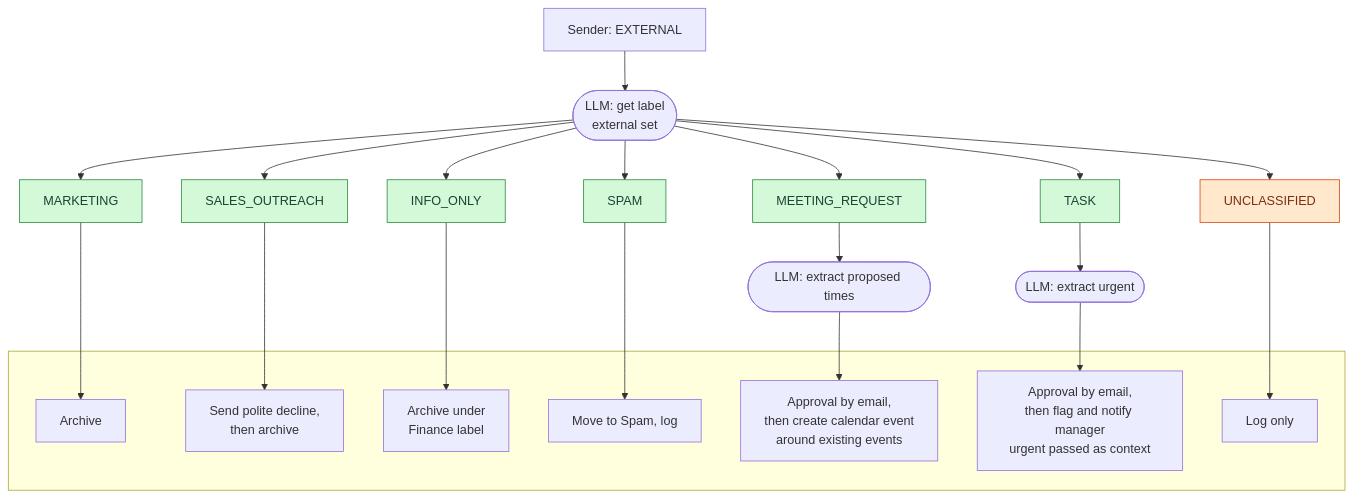
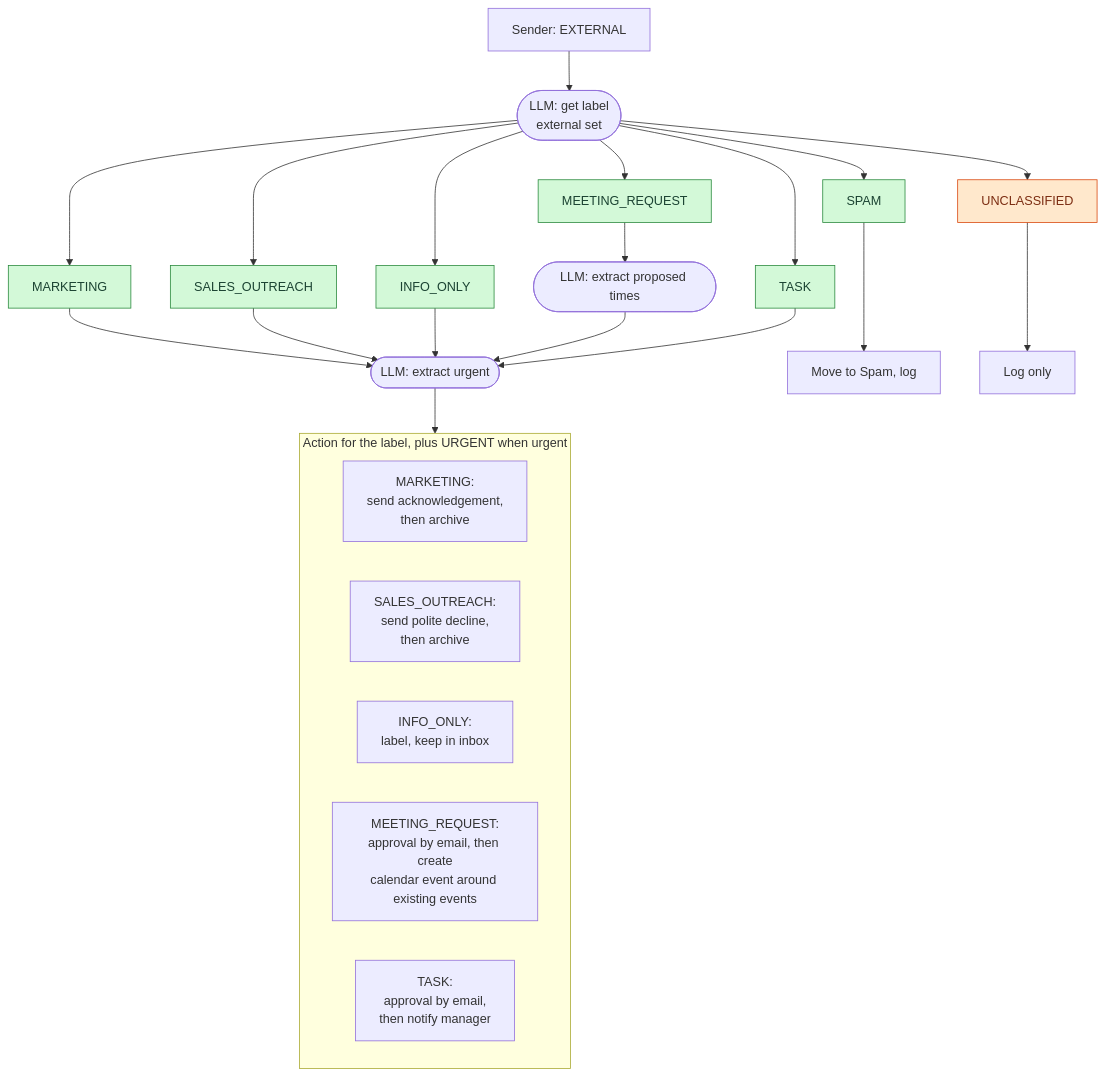
The first of 2 diagrams in docs/classify-tree.md (andreicaminschi/ai-email-assistant), drawn with Mermaid before and after one commit. The commit also changed other lines of this file and 5 other files, not shown here.

First line of the commit message:
docs: label actions, urgent on all labels, config values

````diff
--- a/docs/classify-tree.md
+++ b/docs/classify-tree.md
@@ -11,37 +15,35 @@
 ```mermaid
 flowchart TD
     A[Sender: EXTERNAL] --> EL([LLM: get label<br/>external set])
 
     %% Longer ---> arrows keep every label on one row
     EL --> E_MKT[MARKETING]:::tag
     EL --> E_SO[SALES_OUTREACH]:::tag
     EL --> E_INF[INFO_ONLY]:::tag
     EL --> E_SPM[SPAM]:::tag
     EL --> E_MTG[MEETING_REQUEST]:::tag
     EL --> E_TSK[TASK]:::tag
     EL --> E_UNC[UNCLASSIFIED]:::unclassified
 
     E_MTG --> ET([LLM: extract proposed times])
-    E_TSK --> EU([LLM: extract urgent])
+    E_MKT --> EU([LLM: extract urgent])
+    E_SO --> EU
+    E_INF --> EU
+    ET --> EU
+    E_TSK --> EU
 
-    subgraph MAP[" "]
-        X_MKT[Archive]
-        X_SO[Send polite decline,<br/>then archive]
-        X_INF[Archive under<br/>Finance label]
-        X_SPM[Move to Spam, log]
-        X_MTG[Approval by email,<br/>then create calendar event<br/>around existing events]
-        X_FLAG[Approval by email,<br/>then flag and notify manager<br/>urgent passed as context]
-        X_ULOG[Log only]
+    subgraph MAP["Action for the label, plus URGENT when urgent"]
+        X_MKT[MARKETING:<br/>send acknowledgement,<br/>then archive]
+        X_SO[SALES_OUTREACH:<br/>send polite decline,<br/>then archive]
+        X_INF[INFO_ONLY:<br/>label, keep in inbox]
+        X_MTG[MEETING_REQUEST:<br/>approval by email, then create<br/>calendar event around existing events]
+        X_TSK[TASK:<br/>approval by email,<br/>then notify manager]
     end
 
-    E_MKT ---> X_MKT
-    E_SO ---> X_SO
-    E_INF ---> X_INF
-    E_SPM ---> X_SPM
-    ET --> X_MTG
-    EU --> X_FLAG
-    E_UNC ---> X_ULOG
+    EU --> MAP
+    E_SPM ---> X_SPM[Move to Spam, log]
+    E_UNC ---> X_ULOG[Log only]
 
     classDef tag fill:#d3f9d8,stroke:#2b8a3e,color:#1b4332
     classDef unclassified fill:#ffe8cc,stroke:#d9480f,color:#7c2d12
 ```
````
